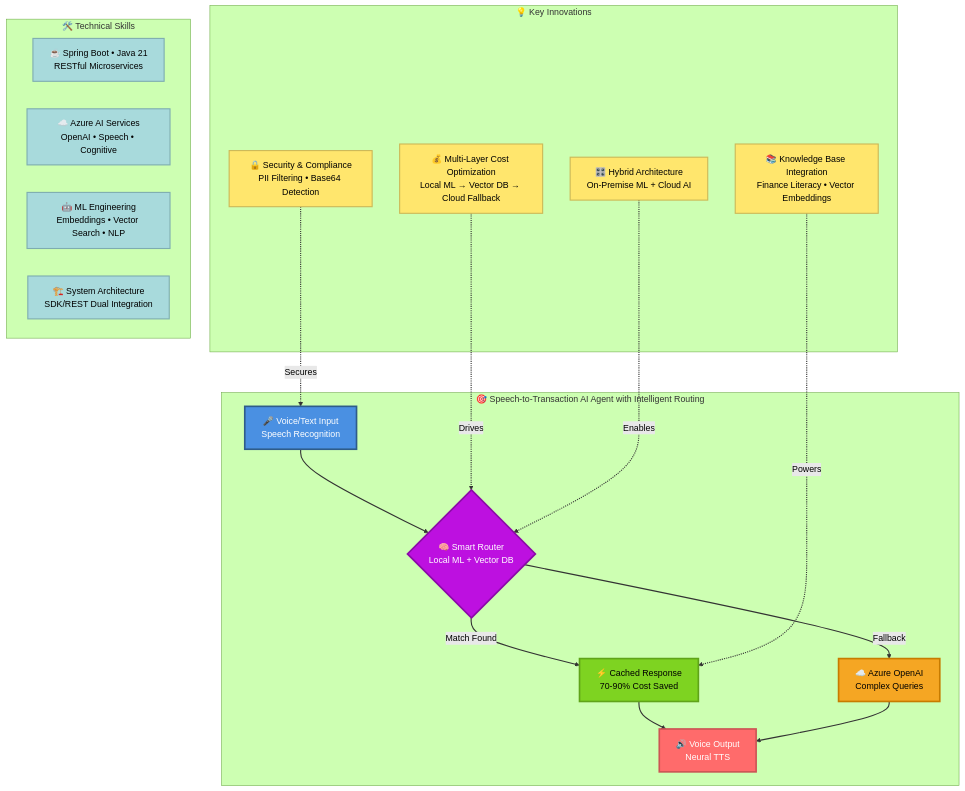
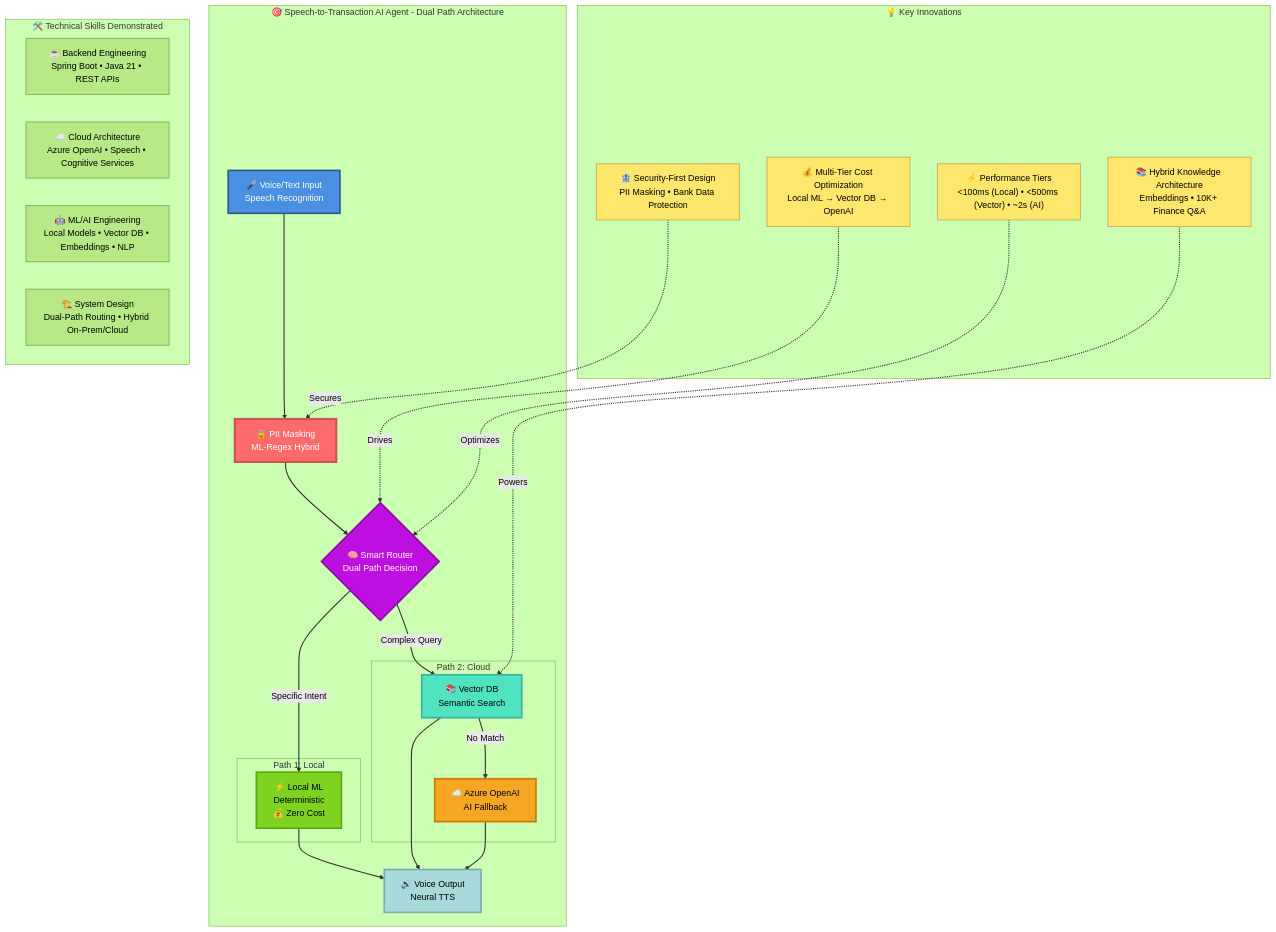
Before and after one commit to zerriet/azureBotSample: diagram 12 of 12 in ARCHITECTURE_DIAGRAMS.md, drawn with Mermaid (forest theme). The commit also changed other lines of this file, not shown here.

First line of the commit message:
Update architecture diagrams with correct dual-path routing and PII masking

````diff
--- a/ARCHITECTURE_DIAGRAMS.md
+++ b/ARCHITECTURE_DIAGRAMS.md
@@ -584,54 +644,68 @@
 ```mermaid
 graph TB
-    subgraph "🎯 Speech-to-Transaction AI Agent with Intelligent Routing"
+    subgraph "🎯 Speech-to-Transaction AI Agent - Dual Path Architecture"
         Input["🎤 Voice/Text Input<br/>Speech Recognition"]
-        Router{"🧠 Smart Router<br/>Local ML + Vector DB"}
-        Local["⚡ Cached Response<br/>70-90% Cost Saved"]
-        Cloud["☁️ Azure OpenAI<br/>Complex Queries"]
+        PII["🔒 PII Masking<br/>ML-Regex Hybrid"]
+        Router{"🧠 Smart Router<br/>Dual Path Decision"}
+
+        subgraph "Path 1: Local"
+            Local["⚡ Local ML<br/>Deterministic<br/>💰 Zero Cost"]
+        end
+
+        subgraph "Path 2: Cloud"
+            Vector["📚 Vector DB<br/>Semantic Search"]
+            OpenAI["☁️ Azure OpenAI<br/>AI Fallback"]
+        end
+
         Output["🔊 Voice Output<br/>Neural TTS"]
     end
 
     subgraph "💡 Key Innovations"
-        I1["💰 Multi-Layer Cost Optimization<br/>Local ML → Vector DB → Cloud Fallback"]
-        I2["🔒 Security & Compliance<br/>PII Filtering • Base64 Detection"]
-        I3["📚 Knowledge Base Integration<br/>Finance Literacy • Vector Embeddings"]
-        I4["🎛️ Hybrid Architecture<br/>On-Premise ML + Cloud AI"]
+        I1["🏦 Security-First Design<br/>PII Masking • Bank Data Protection"]
+        I2["💰 Multi-Tier Cost Optimization<br/>Local ML → Vector DB → OpenAI"]
+        I3["📚 Hybrid Knowledge Architecture<br/>Embeddings • 10K+ Finance Q&A"]
+        I4["⚡ Performance Tiers<br/><100ms (Local) • <500ms (Vector) • ~2s (AI)"]
     end
 
-    subgraph "🛠️ Technical Skills"
-        T1["☕ Spring Boot • Java 21<br/>RESTful Microservices"]
-        T2["☁️ Azure AI Services<br/>OpenAI • Speech • Cognitive"]
-        T3["🤖 ML Engineering<br/>Embeddings • Vector Search • NLP"]
-        T4["🏗️ System Architecture<br/>SDK/REST Dual Integration"]
+    subgraph "🛠️ Technical Skills Demonstrated"
+        T1["☕ Backend Engineering<br/>Spring Boot • Java 21 • REST APIs"]
+        T2["☁️ Cloud Architecture<br/>Azure OpenAI • Speech • Cognitive Services"]
+        T3["🤖 ML/AI Engineering<br/>Local Models • Vector DB • Embeddings • NLP"]
+        T4["🏗️ System Design<br/>Dual-Path Routing • Hybrid On-Prem/Cloud"]
     end
 
-    Input --> Router
-    Router -->|"Match Found"| Local
-    Router -->|"Fallback"| Cloud
+    Input --> PII
+    PII --> Router
+    Router -->|"Specific Intent"| Local
+    Router -->|"Complex Query"| Vector
+    Vector -->|"No Match"| OpenAI
     Local --> Output
-    Cloud --> Output
+    Vector --> Output
+    OpenAI --> Output
 
-    I1 -.->|"Drives"| Router
-    I2 -.->|"Secures"| Input
-    I3 -.->|"Powers"| Local
-    I4 -.->|"Enables"| Router
+    I1 -.->|"Secures"| PII
+    I2 -.->|"Drives"| Router
+    I3 -.->|"Powers"| Vector
+    I4 -.->|"Optimizes"| Router
 
     %% High-contrast styling for both light and dark modes
     style Input fill:#4A90E2,stroke:#2E5C8A,stroke-width:3px,color:#FFFFFF
+    style PII fill:#FF6B6B,stroke:#CC5555,stroke-width:4px,color:#FFFFFF
     style Router fill:#BD10E0,stroke:#8B0AA8,stroke-width:3px,color:#FFFFFF
     style Local fill:#7ED321,stroke:#5FA319,stroke-width:3px,color:#000000
-    style Cloud fill:#F5A623,stroke:#C77B00,stroke-width:3px,color:#000000
-    style Output fill:#FF6B6B,stroke:#CC5555,stroke-width:3px,color:#FFFFFF
+    style Vector fill:#50E3C2,stroke:#3AB09E,stroke-width:3px,color:#000000
+    style OpenAI fill:#F5A623,stroke:#C77B00,stroke-width:3px,color:#000000
+    style Output fill:#A8DADC,stroke:#7EADB0,stroke-width:3px,color:#000000
 
     style I1 fill:#FFE66D,stroke:#CCB857,stroke-width:2px,color:#000000
     style I2 fill:#FFE66D,stroke:#CCB857,stroke-width:2px,color:#000000
     style I3 fill:#FFE66D,stroke:#CCB857,stroke-width:2px,color:#000000
     style I4 fill:#FFE66D,stroke:#CCB857,stroke-width:2px,color:#000000
 
-    style T1 fill:#A8DADC,stroke:#7EADB0,stroke-width:2px,color:#000000
-    style T2 fill:#A8DADC,stroke:#7EADB0,stroke-width:2px,color:#000000
-    style T3 fill:#A8DADC,stroke:#7EADB0,stroke-width:2px,color:#000000
-    style T4 fill:#A8DADC,stroke:#7EADB0,stroke-width:2px,color:#000000
+    style T1 fill:#B8E986,stroke:#8FB865,stroke-width:2px,color:#000000
+    style T2 fill:#B8E986,stroke:#8FB865,stroke-width:2px,color:#000000
+    style T3 fill:#B8E986,stroke:#8FB865,stroke-width:2px,color:#000000
+    style T4 fill:#B8E986,stroke:#8FB865,stroke-width:2px,color:#000000
 
     linkStyle default stroke:#333,stroke-width:2px
 ```
````
